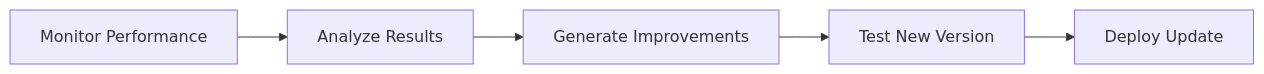
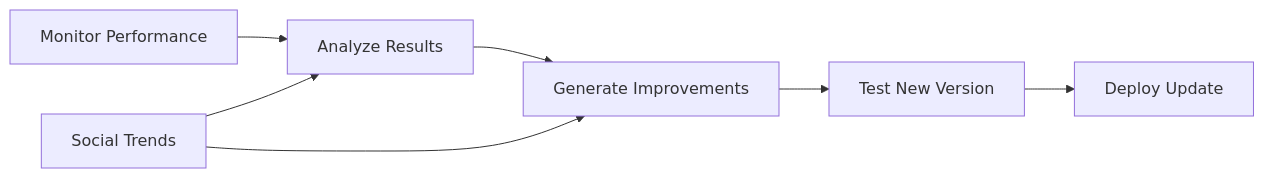
The second of 2 diagrams in STRATEGY_EVOLUTION.md (zd87pl/ai-crypto-trader), drawn with Mermaid before and after one commit. The commit also changed other lines of this file and 2 other files, not shown here.

````diff
--- a/STRATEGY_EVOLUTION.md
+++ b/STRATEGY_EVOLUTION.md
@@ -201,7 +239,9 @@
 ```mermaid
 graph LR
     A[Monitor Performance] --> B[Analyze Results]
     B --> C[Generate Improvements]
     C --> D[Test New Version]
     D --> E[Deploy Update]
+    F[Social Trends] --> B
+    F --> C
 ```
````
